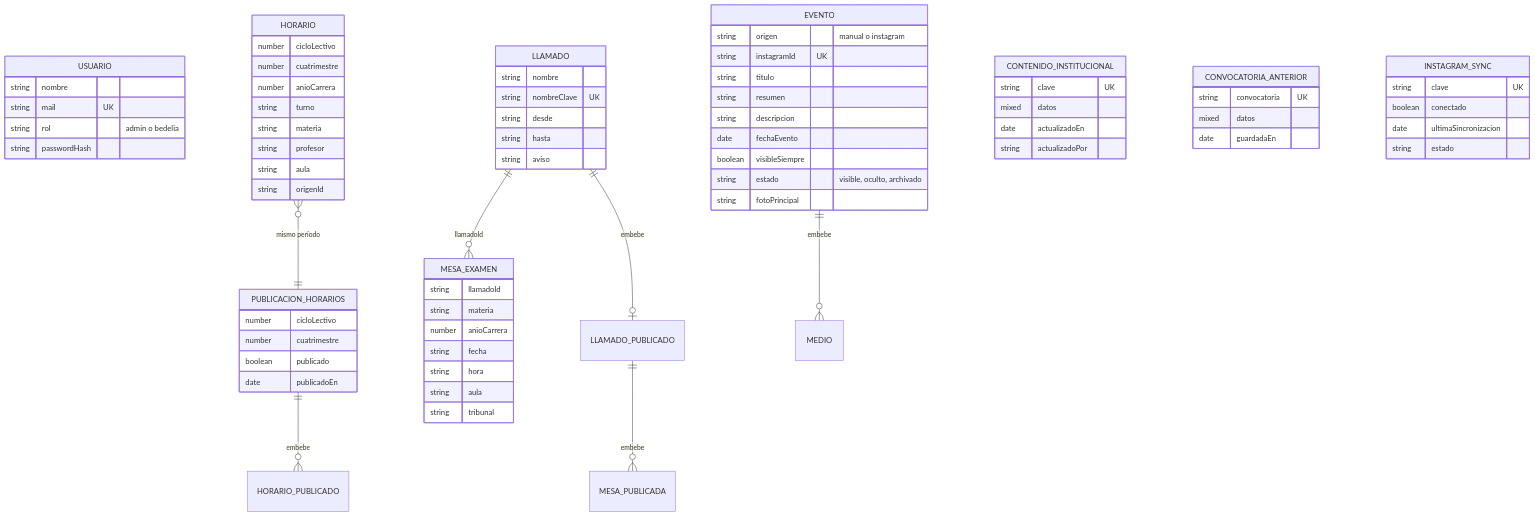
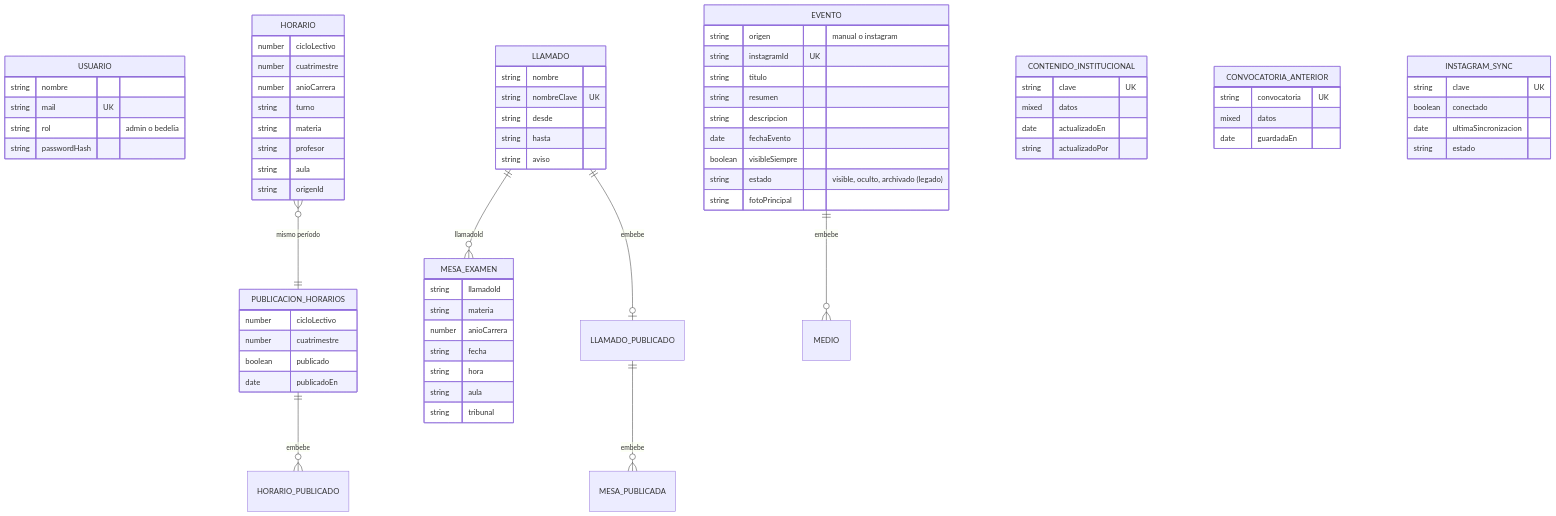
One commit to IFTS29/proyecto-ifts2 changed the diagram in docs/manual-tecnico.md. Above: the diagram before and after it, drawn with Mermaid. The commit also changed other lines of this file, not shown here.

````diff
--- a/docs/manual-tecnico.md
+++ b/docs/manual-tecnico.md
@@ -81,76 +81,76 @@
 ```mermaid
 erDiagram
     USUARIO {
         string nombre
         string mail UK
         string rol "admin o bedelia"
         string passwordHash
     }
     EVENTO {
         string origen "manual o instagram"
         string instagramId UK
         string titulo
         string resumen
         string descripcion
         date fechaEvento
         boolean visibleSiempre
-        string estado "visible, oculto, archivado"
+        string estado "visible, oculto, archivado (legado)"
         string fotoPrincipal
     }
     HORARIO {
         number cicloLectivo
         number cuatrimestre
         number anioCarrera
         string turno
         string materia
         string profesor
         string aula
         string origenId
     }
     PUBLICACION_HORARIOS {
         number cicloLectivo
         number cuatrimestre
         boolean publicado
         date publicadoEn
     }
     LLAMADO {
         string nombre
         string nombreClave UK
         string desde
         string hasta
         string aviso
     }
     MESA_EXAMEN {
         string llamadoId
         string materia
         number anioCarrera
         string fecha
         string hora
         string aula
         string tribunal
     }
     CONTENIDO_INSTITUCIONAL {
         string clave UK
         mixed datos
         date actualizadoEn
         string actualizadoPor
     }
     CONVOCATORIA_ANTERIOR {
         string convocatoria UK
         mixed datos
         date guardadaEn
     }
     INSTAGRAM_SYNC {
         string clave UK
         boolean conectado
         date ultimaSincronizacion
         string estado
     }
 
     LLAMADO ||--o{ MESA_EXAMEN : "llamadoId"
     LLAMADO ||--o| LLAMADO_PUBLICADO : "embebe"
     HORARIO }o--|| PUBLICACION_HORARIOS : "mismo período"
     PUBLICACION_HORARIOS ||--o{ HORARIO_PUBLICADO : "embebe"
     EVENTO ||--o{ MEDIO : "embebe"
     LLAMADO_PUBLICADO ||--o{ MESA_PUBLICADA : "embebe"
 ```
````
